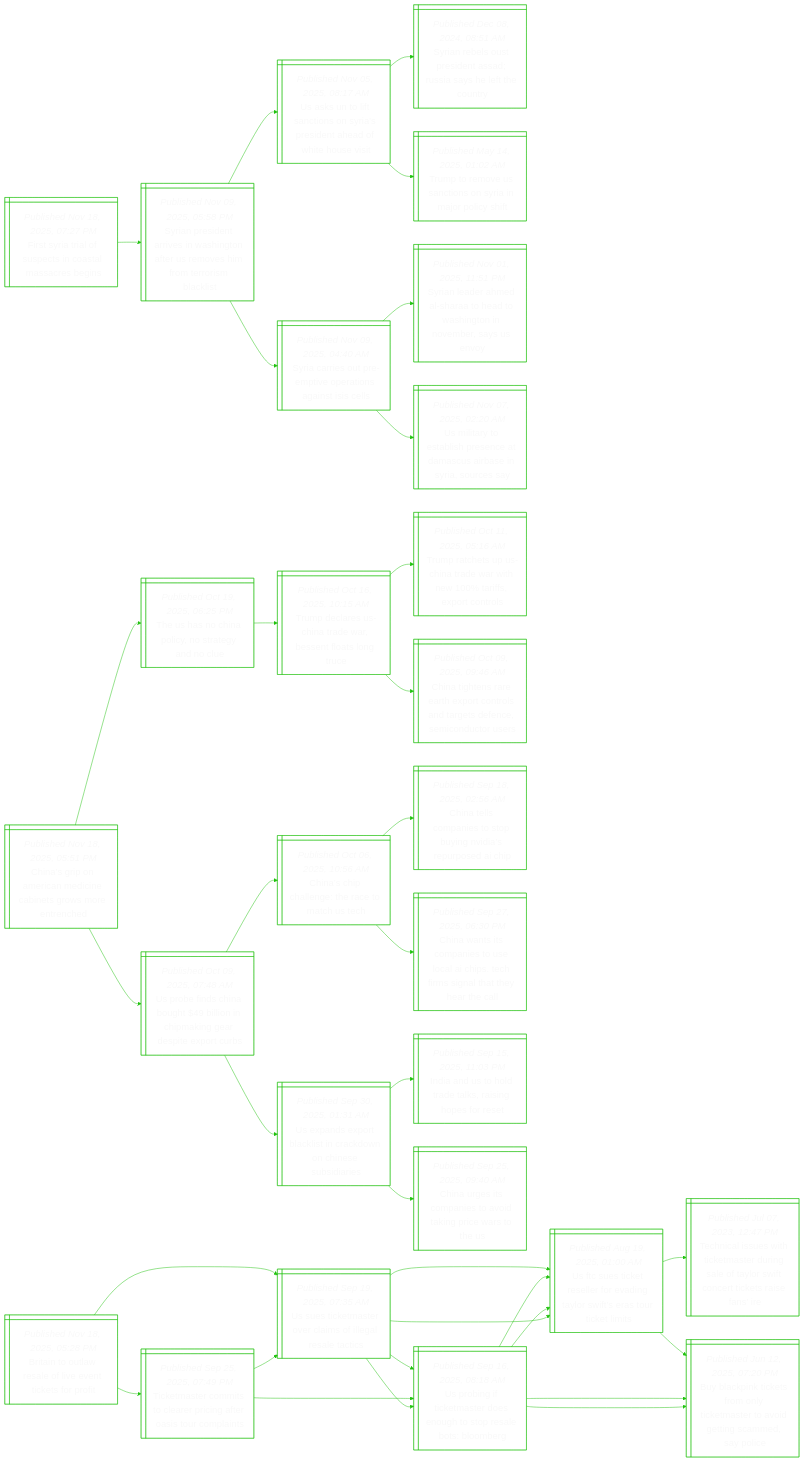
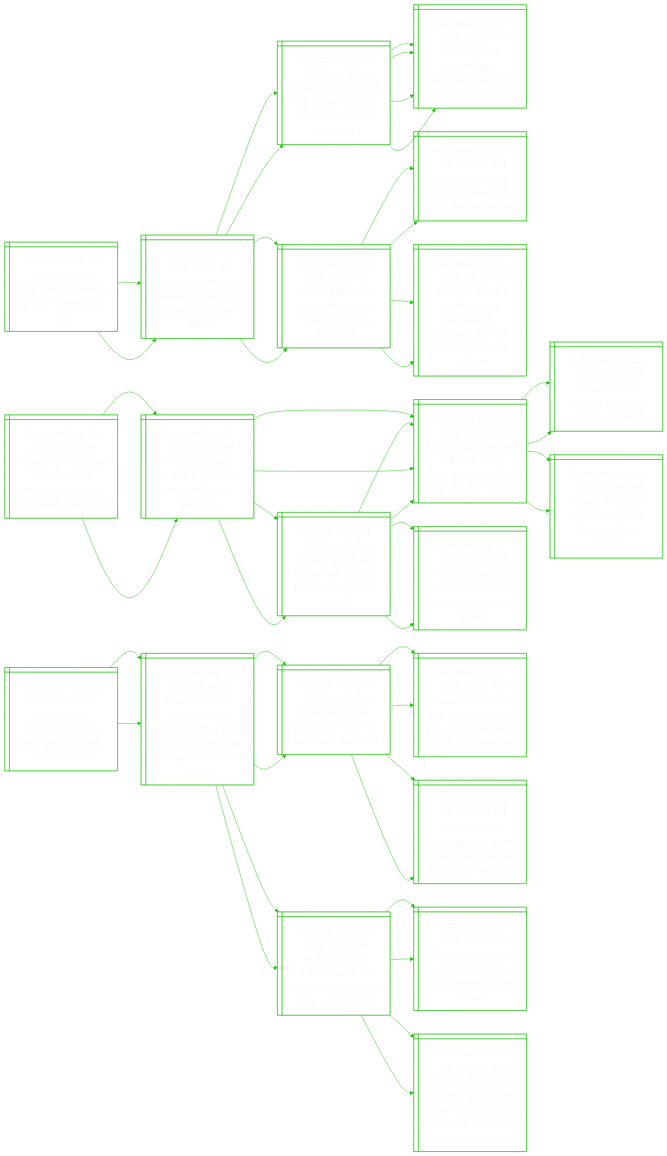
Before and after one commit to notJmes/notJmes: the diagram in README.md, drawn with Mermaid. The commit also changed other lines of this file, not shown here.

````diff
--- a/README.md
+++ b/README.md
@@ -16,112 +16,142 @@
 flowchart LR
 classDef txtsize font-size:20px;
 
-FStopisarg@{ shape: win-pane, label: "_Published Nov 18, 2025, 07:27 PM_
-First syria trial of suspects in coastal massacres begins" }
-SniaeagfSvmtrli@{ shape: win-pane, label: "_Published Nov 09, 2025, 05:58 PM_
-Syrian president arrives in washington after us removes him from terrorism blacklist" }
-UslaoSsiaotsi@{ shape: win-pane, label: "_Published Nov 05, 2025, 08:17 AM_
-Us asks un to lift sanctions on syria’s president ahead of white house visit" }
-SnltiARahtoy@{ shape: win-pane, label: "_Published Dec 08, 2024, 08:51 AM_
-Syrian rebels oust president assad; russia says he left the country" }
-Ttosinajlh@{ shape: win-pane, label: "_Published May 14, 2025, 01:02 AM_
-Trump to remove us sanctions on syria in major policy shift" }
-SceppotasSs@{ shape: win-pane, label: "_Published Nov 09, 2025, 04:40 AM_
-Syria carries out pre-emptive operations against isis cells" }
-SneehtdstNbyn@{ shape: win-pane, label: "_Published Nov 01, 2025, 11:51 PM_
-Syrian leader ahmed al-sharaa to head to washington in november, says us envoy" }
-Uitahetsierus@{ shape: win-pane, label: "_Published Nov 07, 2025, 02:20 AM_
-Us military to establish presence at damascus airbase in syria, sources say" }
+Faidrteua@{ shape: win-pane, label: "_Published Nov 18, 2025, 11:45 PM_
+Four jailed in sweden far-right ‘fitness club’ trial" }
+Hrrnengfgtc@{ shape: win-pane, label: "_Published Oct 31, 2025, 12:42 AM_
+Hate-crime trial in sweden shines light on far-right ‘fitness clubs’" }
+VncnisdiUilps@{ shape: win-pane, label: "_Published Oct 24, 2025, 06:05 PM_
+Violence, racism, and nazi praise: the dark side of us political group chats" }
+Tsanitwrske@{ shape: win-pane, label: "_Published Oct 22, 2025, 12:25 PM_
+Trump special counsel pick withdraws over ‘nazi streak’ comments" }
+Tsanitwrske@{ shape: win-pane, label: "_Published Oct 22, 2025, 12:25 PM_
+Trump special counsel pick withdraws over ‘nazi streak’ comments" }
+FgePsrceiccs@{ shape: win-pane, label: "_Published Oct 30, 2025, 11:25 PM_
+Far-right freedom party suffers shock reversal in dutch elections" }
+Eogsrwtttah@{ shape: win-pane, label: "_Published Oct 30, 2025, 05:31 AM_
+Exit poll suggests centrists win dutch vote, beating far right" }
+Cibelotaosfoyrie@{ shape: win-pane, label: "_Published Oct 30, 2025, 05:25 AM_
+Centrist rob jetten could become netherlands’ youngest and first openly gay prime minister" }
+Hrrnengfgtc@{ shape: win-pane, label: "_Published Oct 31, 2025, 12:42 AM_
+Hate-crime trial in sweden shines light on far-right ‘fitness clubs’" }
+VncnisdiUilps@{ shape: win-pane, label: "_Published Oct 24, 2025, 06:05 PM_
+Violence, racism, and nazi praise: the dark side of us political group chats" }
+Tsanitwrske@{ shape: win-pane, label: "_Published Oct 22, 2025, 12:25 PM_
+Trump special counsel pick withdraws over ‘nazi streak’ comments" }
+Tsanitwrske@{ shape: win-pane, label: "_Published Oct 22, 2025, 12:25 PM_
+Trump special counsel pick withdraws over ‘nazi streak’ comments" }
+FgePsrceiccs@{ shape: win-pane, label: "_Published Oct 30, 2025, 11:25 PM_
+Far-right freedom party suffers shock reversal in dutch elections" }
+Eogsrwtttah@{ shape: win-pane, label: "_Published Oct 30, 2025, 05:31 AM_
+Exit poll suggests centrists win dutch vote, beating far right" }
+Cibelotaosfoyrie@{ shape: win-pane, label: "_Published Oct 30, 2025, 05:25 AM_
+Centrist rob jetten could become netherlands’ youngest and first openly gay prime minister" }
 
-FStopisarg:::txtsize --> SniaeagfSvmtrli:::txtsize
-SniaeagfSvmtrli:::txtsize --> UslaoSsiaotsi:::txtsize
-UslaoSsiaotsi:::txtsize --> SnltiARahtoy:::txtsize
-UslaoSsiaotsi:::txtsize --> Ttosinajlh:::txtsize
-SniaeagfSvmtrli:::txtsize --> SceppotasSs:::txtsize
-SceppotasSs:::txtsize --> SneehtdstNbyn:::txtsize
-SceppotasSs:::txtsize --> Uitahetsierus:::txtsize
+Faidrteua:::txtsize --> Hrrnengfgtc:::txtsize
+Hrrnengfgtc:::txtsize --> VncnisdiUilps:::txtsize
+VncnisdiUilps:::txtsize --> Tsanitwrske:::txtsize
+VncnisdiUilps:::txtsize --> Tsanitwrske:::txtsize
+Hrrnengfgtc:::txtsize --> FgePsrceiccs:::txtsize
+FgePsrceiccs:::txtsize --> Eogsrwtttah:::txtsize
+FgePsrceiccs:::txtsize --> Cibelotaosfoyrie:::txtsize
+Faidrteua:::txtsize --> Hrrnengfgtc:::txtsize
+Hrrnengfgtc:::txtsize --> VncnisdiUilps:::txtsize
+VncnisdiUilps:::txtsize --> Tsanitwrske:::txtsize
+VncnisdiUilps:::txtsize --> Tsanitwrske:::txtsize
+Hrrnengfgtc:::txtsize --> FgePsrceiccs:::txtsize
+FgePsrceiccs:::txtsize --> Eogsrwtttah:::txtsize
+FgePsrceiccs:::txtsize --> Cibelotaosfoyrie:::txtsize
 
-Csormibssen@{ shape: win-pane, label: "_Published Nov 18, 2025, 05:51 PM_
-China’s grip on american medicine cabinets grows more entrenched" }
-ThCpyryo@{ shape: win-pane, label: "_Published Oct 19, 2025, 06:25 PM_
-The us has no china policy, no strategy and no clue" }
-TdrCtwsfst@{ shape: win-pane, label: "_Published Oct 16, 2025, 10:15 AM_
-Trump declares us-china trade war, bessent floats long truce" }
-TreUndweixco@{ shape: win-pane, label: "_Published Oct 11, 2025, 05:16 AM_
-Trump ratchets up us-china trade war with new 100% tariffs, export controls" }
-Ctertonsasnmdrs@{ shape: win-pane, label: "_Published Oct 09, 2025, 09:46 AM_
-China tightens rare earth export controls and targets defence, semiconductor users" }
-Ubdnglipnripu@{ shape: win-pane, label: "_Published Oct 09, 2025, 07:48 AM_
-Us probe finds china bought $49 billion in chipmaking gear despite export curbs" }
-Cscehett@{ shape: win-pane, label: "_Published Oct 06, 2025, 10:56 AM_
-China’s chip challenge: the race to match us tech" }
-Ctcnobgipsc@{ shape: win-pane, label: "_Published Sep 18, 2025, 02:56 AM_
-China tells companies to stop buying nvidia’s repurposed ai chip" }
-Cwimesaherghera@{ shape: win-pane, label: "_Published Sep 27, 2025, 06:30 PM_
-China wants its companies to use local ai chips. tech firms signal that they hear the call" }
-Uaxblnkonuis@{ shape: win-pane, label: "_Published Sep 30, 2025, 01:31 AM_
-Us expands export blacklist in crackdown on chinese subsidiaries" }
-Iatdesiprt@{ shape: win-pane, label: "_Published Sep 15, 2025, 11:03 PM_
-India and us to hold trade talks, raising hopes for reset" }
-CuimevapwoS@{ shape: win-pane, label: "_Published Sep 25, 2025, 09:40 AM_
-China urges its companies to avoid taking price wars to the us" }
+Pdaoolraskritg@{ shape: win-pane, label: "_Published Nov 18, 2025, 10:03 PM_
+Poland’s pm says two responsible for railway blast worked for russian intelligence" }
+Pdeonlnrsabe@{ shape: win-pane, label: "_Published Nov 17, 2025, 04:32 PM_
+Poland suspects ‘foreign intelligence services’ for rail sabotage" }
+Pdceitiomsa@{ shape: win-pane, label: "_Published Nov 06, 2025, 06:25 PM_
+Poland launches new military training programme, aims to train 400,000 in 2026" }
+Tiwitnifd@{ shape: win-pane, label: "_Published Feb 25, 2022, 08:15 AM_
+Timeline: how russia's attack on ukraine unfolded" }
+Fuunensklyn@{ shape: win-pane, label: "_Published Sep 13, 2025, 05:45 PM_
+Fearful of russian aggression, poles flock to military training" }
+PdileBudogo@{ shape: win-pane, label: "_Published Nov 14, 2025, 04:56 PM_
+Poland says it will reopen two belarus border crossings on nov 17" }
+Pdceitiomsa@{ shape: win-pane, label: "_Published Nov 06, 2025, 06:25 PM_
+Poland launches new military training programme, aims to train 400,000 in 2026" }
+Pdmaatsaeini@{ shape: win-pane, label: "_Published Sep 20, 2025, 02:16 PM_
+Poland scrambles aircraft after russia launches strikes on ukraine" }
+Pdeonlnrsabe@{ shape: win-pane, label: "_Published Nov 17, 2025, 04:32 PM_
+Poland suspects ‘foreign intelligence services’ for rail sabotage" }
+Pdceitiomsa@{ shape: win-pane, label: "_Published Nov 06, 2025, 06:25 PM_
+Poland launches new military training programme, aims to train 400,000 in 2026" }
+Tiwitnifd@{ shape: win-pane, label: "_Published Feb 25, 2022, 08:15 AM_
+Timeline: how russia's attack on ukraine unfolded" }
+Fuunensklyn@{ shape: win-pane, label: "_Published Sep 13, 2025, 05:45 PM_
+Fearful of russian aggression, poles flock to military training" }
+PdileBudogo@{ shape: win-pane, label: "_Published Nov 14, 2025, 04:56 PM_
+Poland says it will reopen two belarus border crossings on nov 17" }
+Pdceitiomsa@{ shape: win-pane, label: "_Published Nov 06, 2025, 06:25 PM_
+Poland launches new military training programme, aims to train 400,000 in 2026" }
+Pdmaatsaeini@{ shape: win-pane, label: "_Published Sep 20, 2025, 02:16 PM_
+Poland scrambles aircraft after russia launches strikes on ukraine" }
 
-Csormibssen:::txtsize --> ThCpyryo:::txtsize
-ThCpyryo:::txtsize --> TdrCtwsfst:::txtsize
-TdrCtwsfst:::txtsize --> TreUndweixco:::txtsize
-TdrCtwsfst:::txtsize --> Ctertonsasnmdrs:::txtsize
-Csormibssen:::txtsize --> Ubdnglipnripu:::txtsize
-Ubdnglipnripu:::txtsize --> Cscehett:::txtsize
-Cscehett:::txtsize --> Ctcnobgipsc:::txtsize
-Cscehett:::txtsize --> Cwimesaherghera:::txtsize
-Ubdnglipnripu:::txtsize --> Uaxblnkonuis:::txtsize
-Uaxblnkonuis:::txtsize --> Iatdesiprt:::txtsize
-Uaxblnkonuis:::txtsize --> CuimevapwoS:::txtsize
+Pdaoolraskritg:::txtsize --> Pdeonlnrsabe:::txtsize
+Pdeonlnrsabe:::txtsize --> Pdceitiomsa:::txtsize
+Pdceitiomsa:::txtsize --> Tiwitnifd:::txtsize
+Pdceitiomsa:::txtsize --> Fuunensklyn:::txtsize
+Pdeonlnrsabe:::txtsize --> PdileBudogo:::txtsize
+PdileBudogo:::txtsize --> Pdceitiomsa:::txtsize
+PdileBudogo:::txtsize --> Pdmaatsaeini:::txtsize
+Pdaoolraskritg:::txtsize --> Pdeonlnrsabe:::txtsize
+Pdeonlnrsabe:::txtsize --> Pdceitiomsa:::txtsize
+Pdceitiomsa:::txtsize --> Tiwitnifd:::txtsize
+Pdceitiomsa:::txtsize --> Fuunensklyn:::txtsize
+Pdeonlnrsabe:::txtsize --> PdileBudogo:::txtsize
+PdileBudogo:::txtsize --> Pdceitiomsa:::txtsize
+PdileBudogo:::txtsize --> Pdmaatsaeini:::txtsize
 
-Biurevnkof@{ shape: win-pane, label: "_Published Nov 18, 2025, 05:28 PM_
-Britain to outlaw resale of live event tickets for profit" }
-TtemoriaOtoi@{ shape: win-pane, label: "_Published Sep 25, 2025, 07:49 PM_
-Ticketmaster commits to clearer pricing after oasis tour complaints" }
-Useteiiaac@{ shape: win-pane, label: "_Published Sep 19, 2025, 07:35 AM_
-Us sues ticketmaster over claims of illegal resale tactics" }
-Ubfeteuseble@{ shape: win-pane, label: "_Published Sep 16, 2025, 08:18 AM_
-Us probing if ticketmaster does enough to stop resale bots: bloomberg" }
-UsirlriywEoci@{ shape: win-pane, label: "_Published Aug 19, 2025, 01:00 AM_
-Us ftc sues ticket reseller for evading taylor swift’s eras tour ticket limits" }
-Ubfeteuseble@{ shape: win-pane, label: "_Published Sep 16, 2025, 08:18 AM_
-Us probing if ticketmaster does enough to stop resale bots: bloomberg" }
-UsirlriywEoci@{ shape: win-pane, label: "_Published Aug 19, 2025, 01:00 AM_
-Us ftc sues ticket reseller for evading taylor swift’s eras tour ticket limits" }
-Bankrlksodiasl@{ shape: win-pane, label: "_Published Jun 12, 2025, 07:20 PM_
-Buy blackpink tickets from only ticketmaster to avoid getting scammed, say police" }
-Useteiiaac@{ shape: win-pane, label: "_Published Sep 19, 2025, 07:35 AM_
-Us sues ticketmaster over claims of illegal resale tactics" }
-Ubfeteuseble@{ shape: win-pane, label: "_Published Sep 16, 2025, 08:18 AM_
-Us probing if ticketmaster does enough to stop resale bots: bloomberg" }
-UsirlriywEoci@{ shape: win-pane, label: "_Published Aug 19, 2025, 01:00 AM_
-Us ftc sues ticket reseller for evading taylor swift’s eras tour ticket limits" }
-Bankrlksodiasl@{ shape: win-pane, label: "_Published Jun 12, 2025, 07:20 PM_
-Buy blackpink tickets from only ticketmaster to avoid getting scammed, say police" }
-UsirlriywEoci@{ shape: win-pane, label: "_Published Aug 19, 2025, 01:00 AM_
-Us ftc sues ticket reseller for evading taylor swift’s eras tour ticket limits" }
-Tiswimrneywotein@{ shape: win-pane, label: "_Published Jul 07, 2023, 12:47 PM_
-Technical issues with ticketmaster during sale of taylor swift concert tickets raise fans’ ire" }
-Bankrlksodiasl@{ shape: win-pane, label: "_Published Jun 12, 2025, 07:20 PM_
-Buy blackpink tickets from only ticketmaster to avoid getting scammed, say police" }
+CmsitnBinuh@{ shape: win-pane, label: "_Published Nov 18, 2025, 10:03 PM_
+Car ramming, stabbing attack in west bank kills one, injures three" }
+Nyoawiceatslnieht@{ shape: win-pane, label: "_Published Nov 18, 2025, 04:38 AM_
+Netanyahu vows crackdown on violence after israeli attacks on palestinian villages in the west bank" }
+Ilyssatenrn@{ shape: win-pane, label: "_Published Nov 16, 2025, 06:31 PM_
+Israeli army kills palestinian youth in west bank operation" }
+Sbsrcdnacaale@{ shape: win-pane, label: "_Published Oct 08, 2023, 12:45 AM_
+‘sea of bodies’ in israel, scores dead in gaza as shock hamas attack unleashes war" }
+Daastemyriihc@{ shape: win-pane, label: "_Published Nov 16, 2025, 07:59 AM_
+Displaced gaza residents face more misery as torrential rain lashes enclave" }
+Feleirotnussa@{ shape: win-pane, label: "_Published Nov 12, 2025, 02:56 AM_
+France to help palestinians draft constitution for future state, says macron" }
+Tdsastoesat@{ shape: win-pane, label: "_Published Jul 25, 2025, 11:14 PM_
+Trump dismisses macron’s plan to recognise palestinian state" }
+AtHfezerydatoGel@{ shape: win-pane, label: "_Published Sep 30, 2025, 06:45 AM_
+Amnesty for hamas fighters, gaza to be governed by ‘board of peace’: details of the gaza peace plan" }
+Nyoawiceatslnieht@{ shape: win-pane, label: "_Published Nov 18, 2025, 04:38 AM_
+Netanyahu vows crackdown on violence after israeli attacks on palestinian villages in the west bank" }
+Ilyssatenrn@{ shape: win-pane, label: "_Published Nov 16, 2025, 06:31 PM_
+Israeli army kills palestinian youth in west bank operation" }
+Sbsrcdnacaale@{ shape: win-pane, label: "_Published Oct 08, 2023, 12:45 AM_
+‘sea of bodies’ in israel, scores dead in gaza as shock hamas attack unleashes war" }
+Daastemyriihc@{ shape: win-pane, label: "_Published Nov 16, 2025, 07:59 AM_
+Displaced gaza residents face more misery as torrential rain lashes enclave" }
+Feleirotnussa@{ shape: win-pane, label: "_Published Nov 12, 2025, 02:56 AM_
+France to help palestinians draft constitution for future state, says macron" }
+Tdsastoesat@{ shape: win-pane, label: "_Published Jul 25, 2025, 11:14 PM_
+Trump dismisses macron’s plan to recognise palestinian state" }
+AtHfezerydatoGel@{ shape: win-pane, label: "_Published Sep 30, 2025, 06:45 AM_
+Amnesty for hamas fighters, gaza to be governed by ‘board of peace’: details of the gaza peace plan" }
 
-Biurevnkof:::txtsize --> TtemoriaOtoi:::txtsize
-TtemoriaOtoi:::txtsize --> Useteiiaac:::txtsize
-Useteiiaac:::txtsize --> Ubfeteuseble:::txtsize
-Useteiiaac:::txtsize --> UsirlriywEoci:::txtsize
-TtemoriaOtoi:::txtsize --> Ubfeteuseble:::txtsize
-Ubfeteuseble:::txtsize --> UsirlriywEoci:::txtsize
-Ubfeteuseble:::txtsize --> Bankrlksodiasl:::txtsize
-Biurevnkof:::txtsize --> Useteiiaac:::txtsize
-Useteiiaac:::txtsize --> Ubfeteuseble:::txtsize
-Ubfeteuseble:::txtsize --> UsirlriywEoci:::txtsize
-Ubfeteuseble:::txtsize --> Bankrlksodiasl:::txtsize
-Useteiiaac:::txtsize --> UsirlriywEoci:::txtsize
-UsirlriywEoci:::txtsize --> Tiswimrneywotein:::txtsize
-UsirlriywEoci:::txtsize --> Bankrlksodiasl:::txtsize
+CmsitnBinuh:::txtsize --> Nyoawiceatslnieht:::txtsize
+Nyoawiceatslnieht:::txtsize --> Ilyssatenrn:::txtsize
+Ilyssatenrn:::txtsize --> Sbsrcdnacaale:::txtsize
+Ilyssatenrn:::txtsize --> Daastemyriihc:::txtsize
+Nyoawiceatslnieht:::txtsize --> Feleirotnussa:::txtsize
+Feleirotnussa:::txtsize --> Tdsastoesat:::txtsize
+Feleirotnussa:::txtsize --> AtHfezerydatoGel:::txtsize
+CmsitnBinuh:::txtsize --> Nyoawiceatslnieht:::txtsize
+Nyoawiceatslnieht:::txtsize --> Ilyssatenrn:::txtsize
+Ilyssatenrn:::txtsize --> Sbsrcdnacaale:::txtsize
+Ilyssatenrn:::txtsize --> Daastemyriihc:::txtsize
+Nyoawiceatslnieht:::txtsize --> Feleirotnussa:::txtsize
+Feleirotnussa:::txtsize --> Tdsastoesat:::txtsize
+Feleirotnussa:::txtsize --> AtHfezerydatoGel:::txtsize
 
 ```
````
